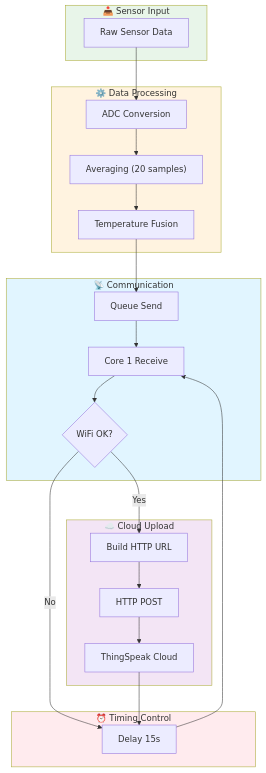
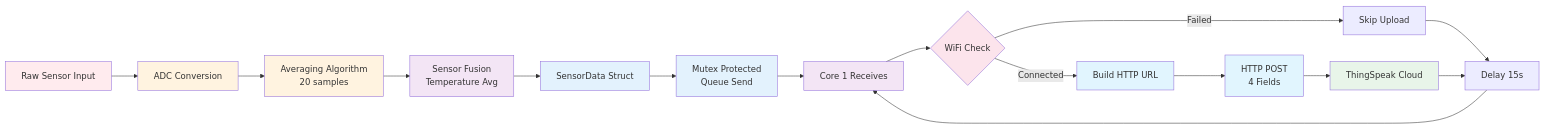
The seventh of 25 diagrams in README.md (ficrammanifur/ESP32-RTOS-Environmental-Monitor), drawn with Mermaid before and after one commit. The commit also changed other lines of this file, not shown here.

````diff
--- a/README.md
+++ b/README.md
@@ -352,47 +376,29 @@
 ```mermaid
-graph TB
-    subgraph INPUT["📥 Sensor Input"]
-        RAW["Raw Sensor Data"]
-    end
+graph LR
+    A["Raw Sensor Input"] --> B["ADC Conversion"]
+    B --> C["Averaging Algorithm<br/>20 samples"]
+    C --> D["Sensor Fusion<br/>Temperature Avg"]
+    D --> E["SensorData Struct"]
+    E --> F["Mutex Protected<br/>Queue Send"]
+    F --> G["Core 1 Receives"]
+    G --> H{WiFi Check}
+    H -->|Connected| I["Build HTTP URL"]
+    H -->|Failed| J["Skip Upload"]
+    I --> K["HTTP POST<br/>4 Fields"]
+    K --> L["ThingSpeak Cloud"]
+    J --> M["Delay 15s"]
+    L --> M
+    M --> G
     
-    subgraph PROCESSING["⚙️ Data Processing"]
-        ADC["ADC Conversion"]
-        AVG["Averaging (20 samples)"]
-        FUSION["Temperature Fusion"]
-    end
-    
-    subgraph COMMUNICATION["📡 Communication"]
-        QUEUE["Queue Send"]
-        CORE1["Core 1 Receive"]
-        WIFI{WiFi OK?}
-    end
-    
-    subgraph UPLOAD["☁️ Cloud Upload"]
-        BUILD["Build HTTP URL"]
-        POST["HTTP POST"]
-        CLOUD["ThingSpeak Cloud"]
-    end
-    
-    subgraph TIMING["⏰ Timing Control"]
-        DELAY["Delay 15s"]
-    end
-    
-    RAW --> ADC
-    ADC --> AVG
-    AVG --> FUSION
-    FUSION --> QUEUE
-    QUEUE --> CORE1
-    CORE1 --> WIFI
-    WIFI -->|Yes| BUILD
-    WIFI -->|No| DELAY
-    BUILD --> POST
-    POST --> CLOUD
-    CLOUD --> DELAY
-    DELAY --> CORE1
-    
-    style INPUT fill:#e8f5e9
-    style PROCESSING fill:#fff3e0
-    style COMMUNICATION fill:#e1f5ff
-    style UPLOAD fill:#f3e5f5
-    style TIMING fill:#ffebee
+    style A fill:#ffebee
+    style B fill:#fff3e0
+    style C fill:#fff3e0
+    style D fill:#f3e5f5
+    style E fill:#e3f2fd
+    style F fill:#e3f2fd
+    style G fill:#f3e5f5
+    style H fill:#fce4ec
+    style I fill:#e1f5fe
+    style K fill:#e1f5fe
+    style L fill:#e8f5e9
 ```
````
